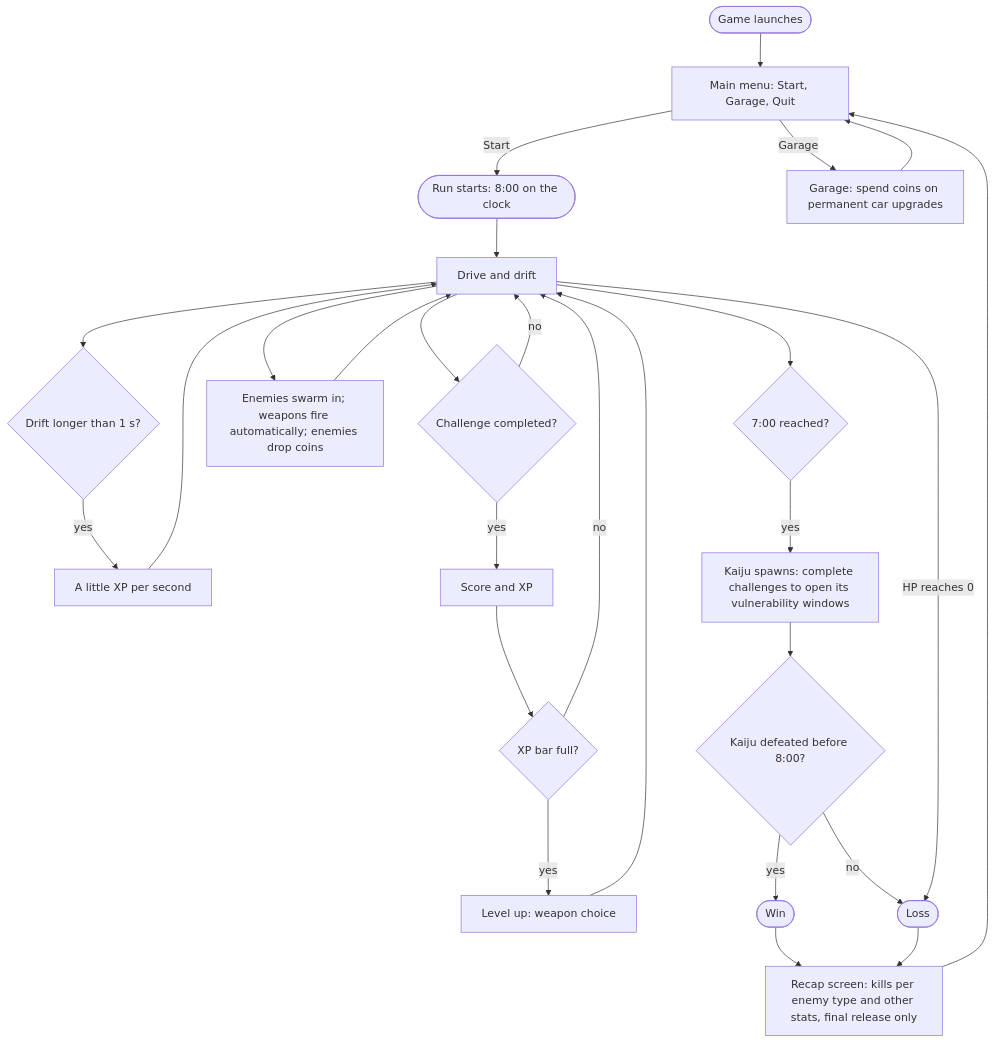
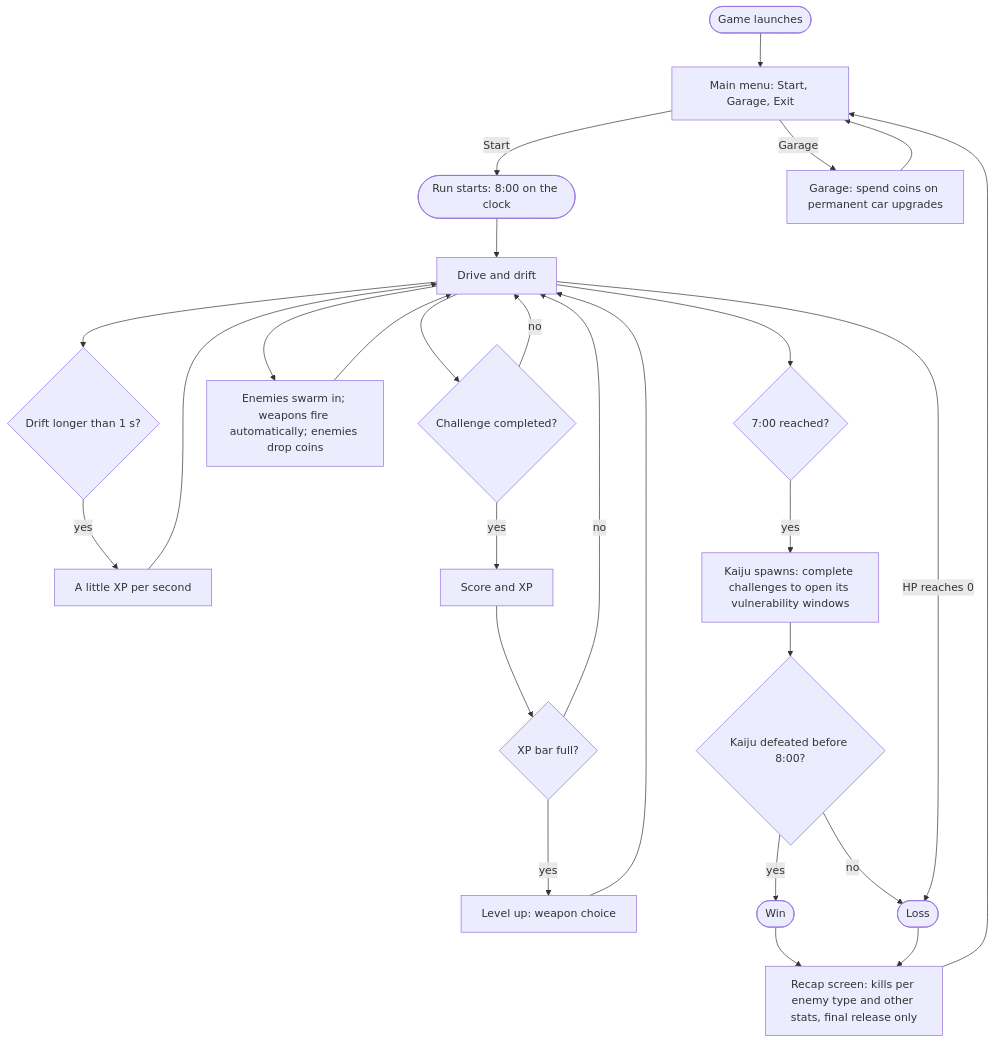
One commit to akyrat/solid-carbide-game changed the diagram in docs/game-loop-architecture.md. Above: the diagram before and after it, drawn with Mermaid. The commit also changed other lines of this file and 4 other files, not shown here.

First line of the commit message:
Main menu button is Exit, not Quit (board); T-086 heart icon art ticket

````diff
--- a/docs/game-loop-architecture.md
+++ b/docs/game-loop-architecture.md
@@ -41,24 +41,24 @@
 ```mermaid
 flowchart TD
     launch([Game launches]) --> menu
     start([Run starts: 8:00 on the clock]) --> drive[Drive and drift]
     drive --> drift{Drift longer than 1 s?}
     drift -- yes --> dxp[A little XP per second] --> drive
     drive --> challenge{Challenge completed?}
     challenge -- yes --> xp[Score and XP] --> lvl{XP bar full?}
     lvl -- yes --> choice[Level up: weapon choice] --> drive
     lvl -- no --> drive
     challenge -- no --> drive
     drive --> enemies[Enemies swarm in; weapons fire automatically; enemies drop coins] --> drive
     drive --> boss{7:00 reached?}
     boss -- yes --> kaiju[Kaiju spawns: complete challenges to open its vulnerability windows]
     kaiju --> win{Kaiju defeated before 8:00?}
     win -- yes --> won([Win])
     win -- no --> lost([Loss])
     drive -- HP reaches 0 --> lost
     won --> recap[Recap screen: kills per enemy type and other stats, final release only]
     lost --> recap
-    recap --> menu[Main menu: Start, Garage, Quit]
+    recap --> menu[Main menu: Start, Garage, Exit]
     menu -- Garage --> garage[Garage: spend coins on permanent car upgrades] --> menu
     menu -- Start --> start
 ```
````
